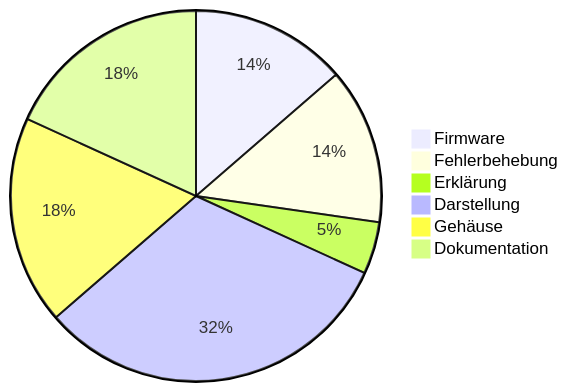
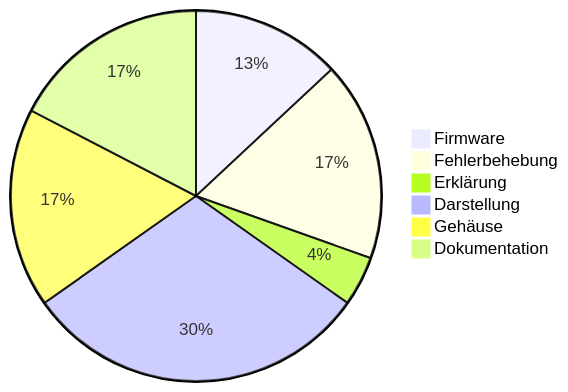
One commit to BBZ-AIFS51/LF7-Projekt_GAS changed the third of 3 diagrams in wiki/Entwicklungsverlauf.md. Above: the diagram before and after it, drawn with Mermaid. The commit also changed other lines of this file and 6 other files, not shown here.

````diff
--- a/wiki/Entwicklungsverlauf.md
+++ b/wiki/Entwicklungsverlauf.md
@@ -136,9 +138,9 @@
 ```mermaid
 pie
     "Firmware" : 3
-    "Fehlerbehebung" : 3
+    "Fehlerbehebung" : 4
     "Erklärung" : 1
     "Darstellung" : 7
     "Gehäuse" : 4
     "Dokumentation" : 4
 ```
````
